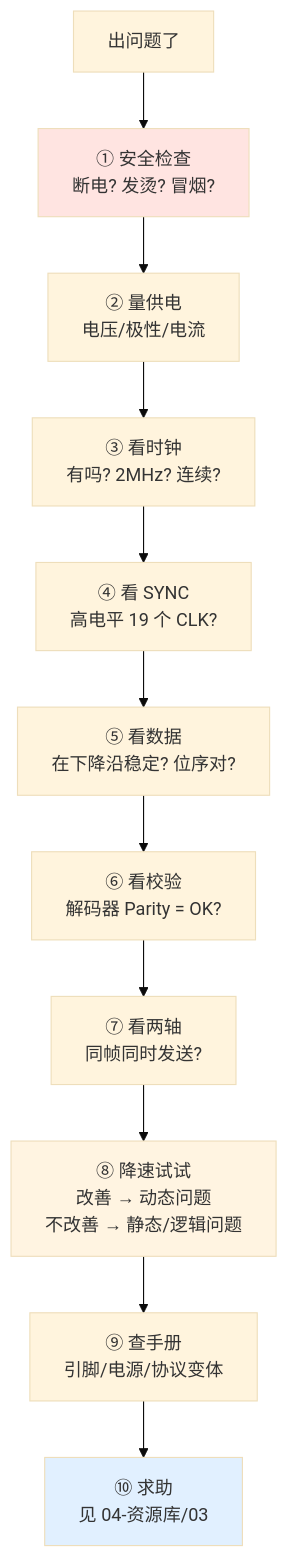
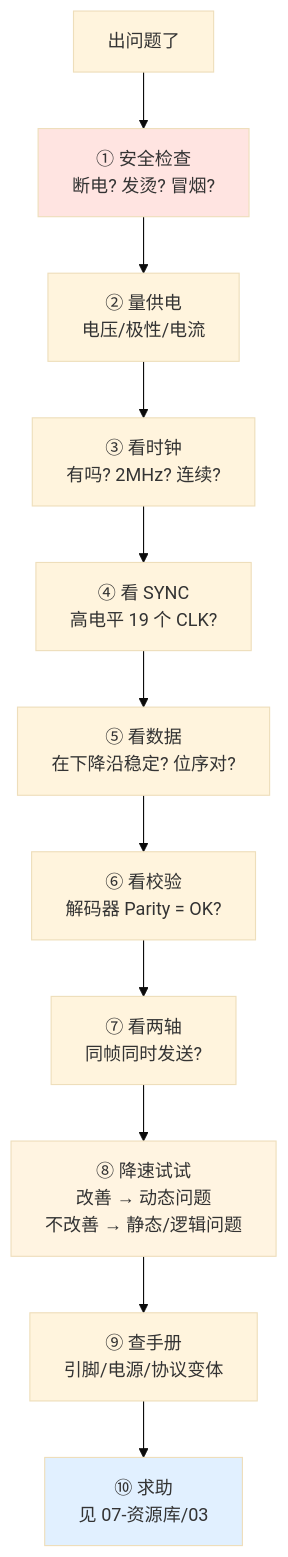
Before and after one commit to Vforvan/galvo-notes: the diagram in 03-调试与排错篇/03-常见故障速查.md, drawn with Mermaid (base theme). The commit also changed other lines of this file and 172 other files, not shown here.

````diff
--- a/03-调试与排错篇/03-常见故障速查.md
+++ b/03-调试与排错篇/03-常见故障速查.md
@@ -336,17 +336,17 @@
 ```mermaid
 flowchart TD
     START["出问题了"] --> S["① 安全检查<br/>断电? 发烫? 冒烟?"]
     S --> P["② 量供电<br/>电压/极性/电流"]
     P --> C["③ 看时钟<br/>有吗? 2MHz? 连续?"]
     C --> SY["④ 看 SYNC<br/>高电平 19 个 CLK?"]
     SY --> D["⑤ 看数据<br/>在下降沿稳定? 位序对?"]
     D --> PA["⑥ 看校验<br/>解码器 Parity = OK?"]
     PA --> XY["⑦ 看两轴<br/>同帧同时发送?"]
     XY --> SPD["⑧ 降速试试<br/>改善 → 动态问题<br/>不改善 → 静态/逻辑问题"]
     SPD --> DOC["⑨ 查手册<br/>引脚/电源/协议变体"]
-    DOC --> ASK["⑩ 求助<br/>见 04-资源库/03"]
+    DOC --> ASK["⑩ 求助<br/>见 07-资源库/03"]
     
     style S fill:#ffe4e1
     style SPD fill:#fff4e1
     style ASK fill:#e1f0ff
 ```
````
